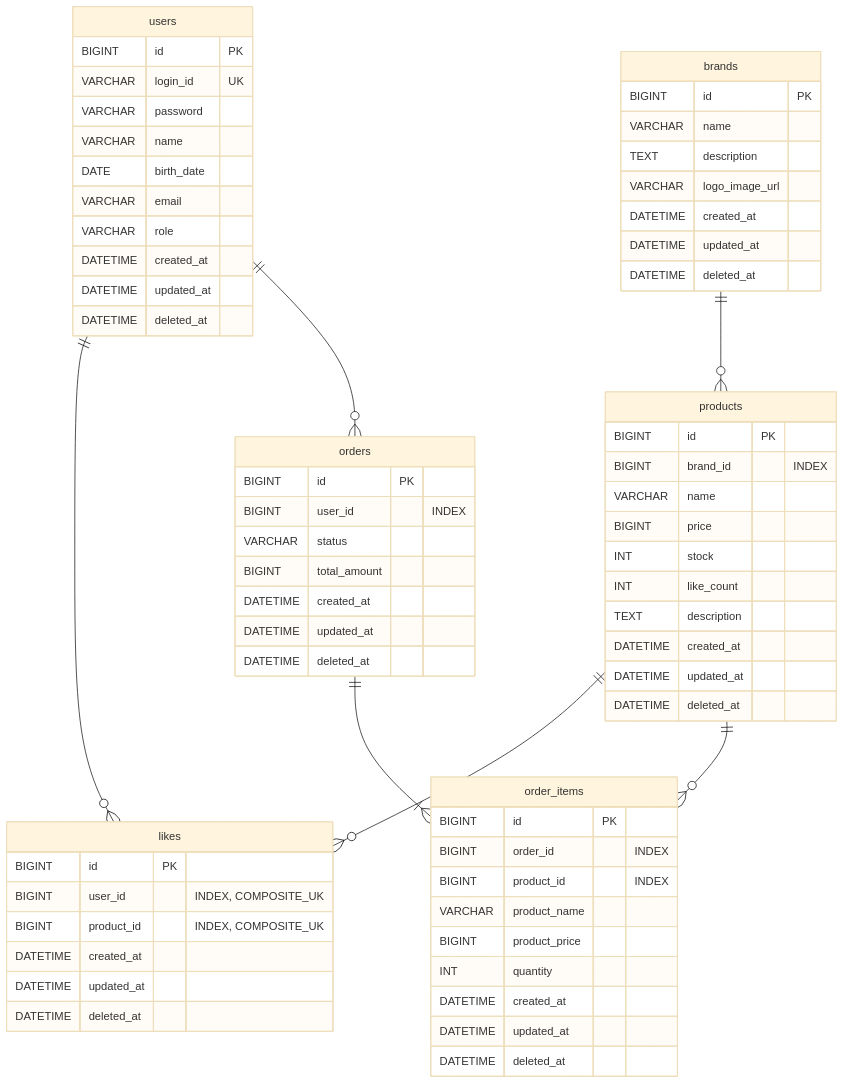
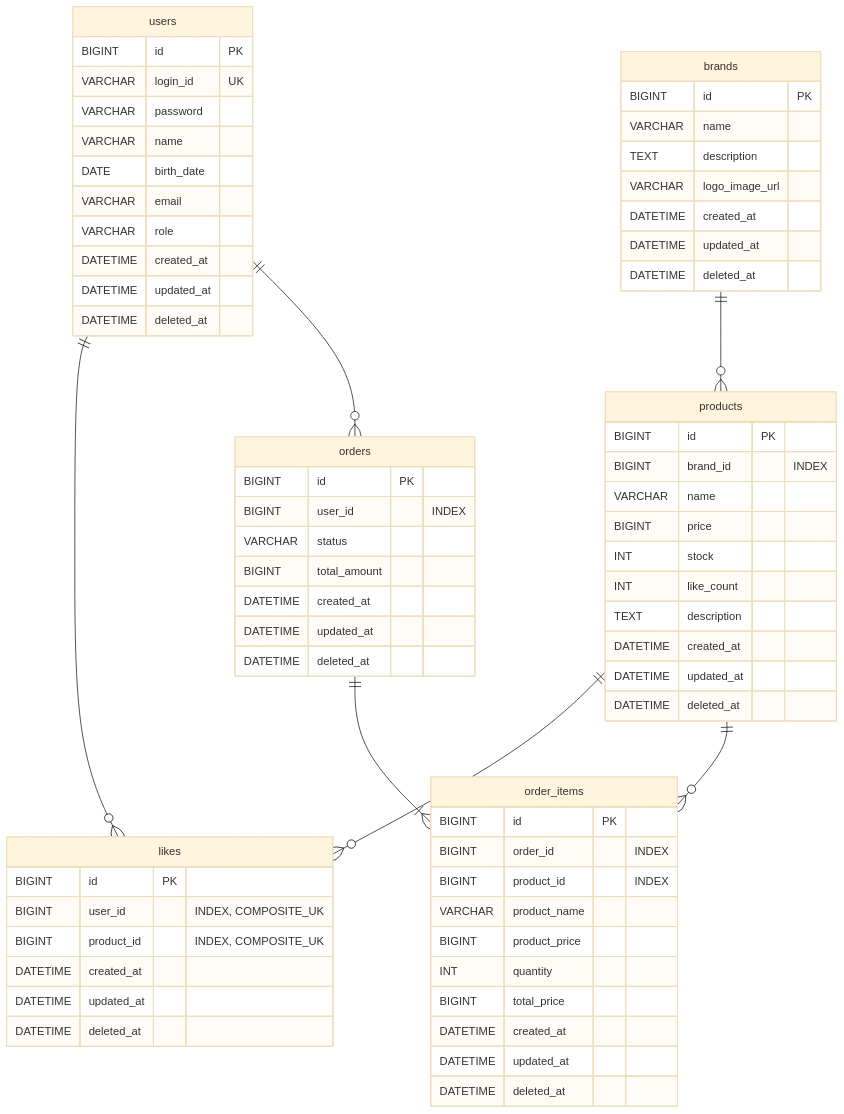
One commit to loopers-labs/loop-pack-be-l2-vol4-kotlin changed the diagram in docs/week2/04-erd.md. Above: the diagram before and after it, drawn with Mermaid (base theme).

Commit message:
docs : order_items 테이블에 주문 아이템의 합계를 저장하는 집계 컬럼 total_price 추가

````diff
--- a/docs/week2/04-erd.md
+++ b/docs/week2/04-erd.md
@@ -23,76 +23,77 @@
 ```mermaid
 erDiagram
     users {
         BIGINT id PK
         VARCHAR login_id UK
         VARCHAR password
         VARCHAR name
         DATE birth_date
         VARCHAR email
         VARCHAR role
         DATETIME created_at
         DATETIME updated_at
         DATETIME deleted_at
     }
 
     brands {
         BIGINT id PK
         VARCHAR name
         TEXT description
         VARCHAR logo_image_url
         DATETIME created_at
         DATETIME updated_at
         DATETIME deleted_at
     }
 
     products {
         BIGINT id PK
         BIGINT brand_id "INDEX"
         VARCHAR name
         BIGINT price
         INT stock
         INT like_count
         TEXT description
         DATETIME created_at
         DATETIME updated_at
         DATETIME deleted_at
     }
 
     likes {
         BIGINT id PK
         BIGINT user_id "INDEX, COMPOSITE_UK"
         BIGINT product_id "INDEX, COMPOSITE_UK"
         DATETIME created_at
         DATETIME updated_at
         DATETIME deleted_at
     }
 
     orders {
         BIGINT id PK
         BIGINT user_id "INDEX"
         VARCHAR status
         BIGINT total_amount
         DATETIME created_at
         DATETIME updated_at
         DATETIME deleted_at
     }
 
     order_items {
         BIGINT id PK
         BIGINT order_id "INDEX"
         BIGINT product_id "INDEX"
         VARCHAR product_name
         BIGINT product_price
         INT quantity
+        BIGINT total_price
         DATETIME created_at
         DATETIME updated_at
         DATETIME deleted_at
     }
 
     brands ||--o{ products : ""
     users ||--o{ likes : ""
     products ||--o{ likes : ""
     users ||--o{ orders : ""
     orders ||--|{ order_items : ""
     products ||--o{ order_items : ""
 ```
````
